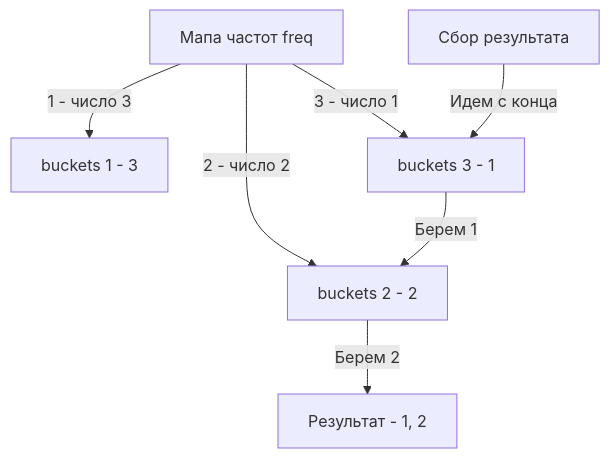
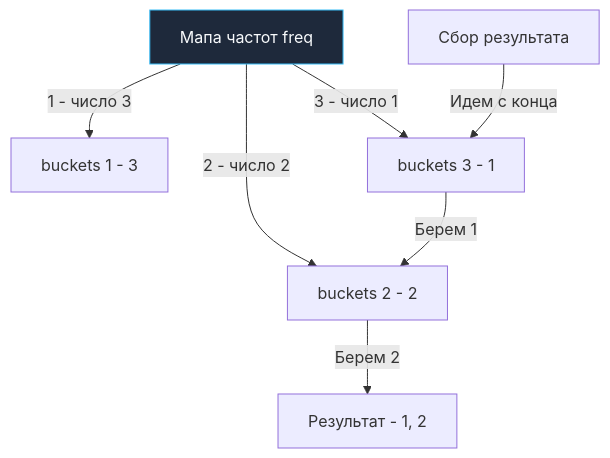
Before and after one commit to UnrealTemplier/go-textbook: the diagram in sources/21. Задачи с LeetCode и собеседований на Go/02. Задачи/05. Хеш таблицы/4. Top K Frequent Elements.md, drawn with Mermaid. The commit also changed 1666 other files, not shown here.

First line of the commit message:
feat(mermaid): add semantic color classDef to 1369 colorless flowchart/graph diagrams

````diff
--- a/sources/21. Задачи с LeetCode и собеседований на Go/02. Задачи/05. Хеш таблицы/4. Top K Frequent Elements.md
+++ b/sources/21. Задачи с LeetCode и собеседований на Go/02. Задачи/05. Хеш таблицы/4. Top K Frequent Elements.md
@@ -142,10 +142,20 @@
 ```mermaid
 flowchart TD
-    A["Мапа частот freq"] -->|"1 - число 3"| B["buckets 1 - 3"]
+    classDef process  fill:#1e293b,stroke:#38bdf8,stroke-width:1px,color:#f8fafc
+    classDef success  fill:#064e3b,stroke:#34d399,stroke-width:1px,color:#f8fafc
+    classDef error    fill:#7f1d1d,stroke:#f87171,stroke-width:1px,color:#f8fafc
+    classDef warning  fill:#78350f,stroke:#fbbf24,stroke-width:1px,color:#f8fafc
+    classDef entry    fill:#1e3a5f,stroke:#38bdf8,stroke-width:2px,color:#f8fafc
+    classDef aux      fill:#334155,stroke:#64748b,stroke-width:1px,color:#f8fafc
+    classDef system   fill:#312e81,stroke:#a78bfa,stroke-width:1px,color:#f8fafc
+    classDef data     fill:#132d29,stroke:#2dd4bf,stroke-width:1px,color:#f8fafc
+    classDef network  fill:#881337,stroke:#fb7185,stroke-width:1px,color:#f8fafc
+    classDef accent   fill:#1e1b4b,stroke:#818cf8,stroke-width:1px,color:#f8fafc
+    A["Мапа частот freq"]:::process -->|"1 - число 3"| B["buckets 1 - 3"]
     A -->|"2 - число 2"| C["buckets 2 - 2"]
     A -->|"3 - число 1"| D["buckets 3 - 1"]
     
     E["Сбор результата"] -->|"Идем с конца"| D
     D -->|"Берем 1"| C
     C -->|"Берем 2"| F["Результат - 1, 2"]
 ```
````
